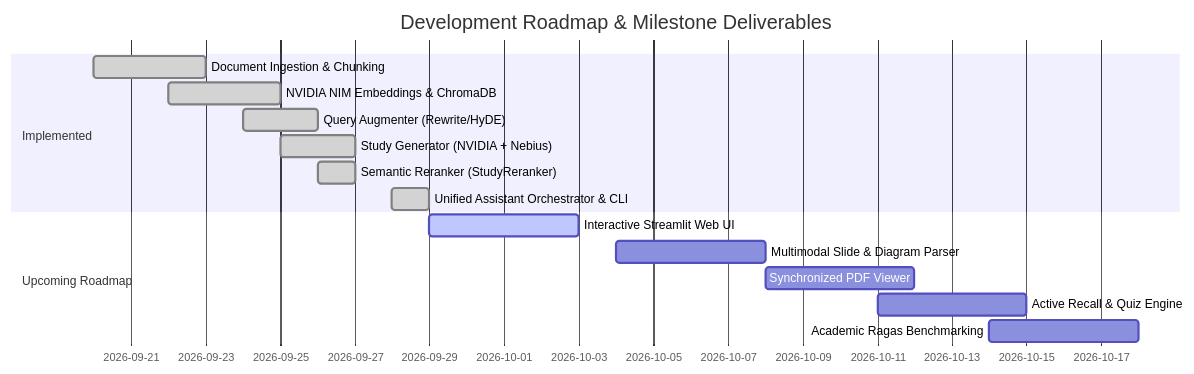
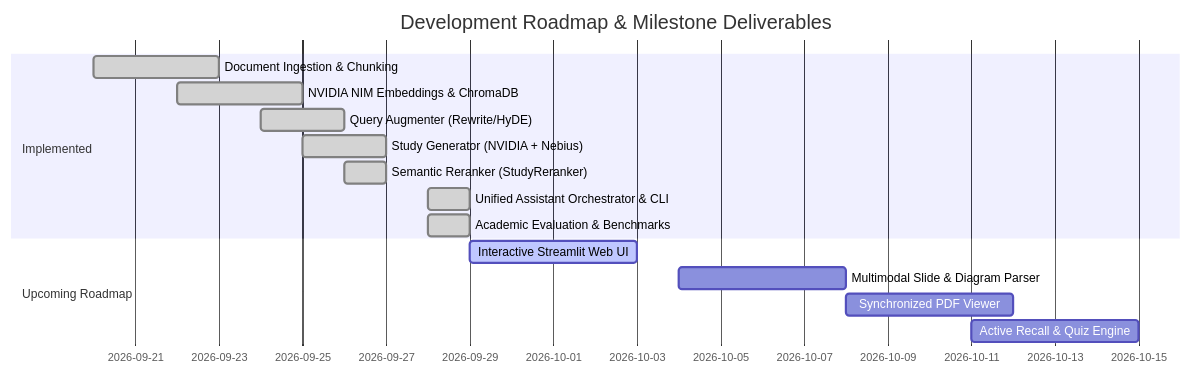
One commit to Khazar451/study-assistant changed the second of 2 diagrams in README.md. Above: the diagram before and after it, drawn with Mermaid. The commit also changed other lines of this file and 8 other files, not shown here.

````diff
--- a/README.md
+++ b/README.md
@@ -194,18 +218,18 @@
 ```mermaid
 gantt
     title Development Roadmap & Milestone Deliverables
     dateFormat  YYYY-MM-DD
     section Implemented
     Document Ingestion & Chunking       :done, 2026-09-20, 2026-09-23
     NVIDIA NIM Embeddings & ChromaDB    :done, 2026-09-22, 2026-09-25
     Query Augmenter (Rewrite/HyDE)      :done, 2026-09-24, 2026-09-26
     Study Generator (NVIDIA + Nebius)   :done, 2026-09-25, 2026-09-27
     Semantic Reranker (StudyReranker)   :done, 2026-09-26, 2026-09-27
     Unified Assistant Orchestrator & CLI:done, 2026-09-28, 2026-09-29
+    Academic Evaluation & Benchmarks    :done, 2026-09-28, 2026-09-29
     section Upcoming Roadmap
     Interactive Streamlit Web UI        :active, 2026-09-29, 2026-10-03
     Multimodal Slide & Diagram Parser   :2026-10-04, 2026-10-08
     Synchronized PDF Viewer             :2026-10-08, 2026-10-12
     Active Recall & Quiz Engine         :2026-10-11, 2026-10-15
-    Academic Ragas Benchmarking         :2026-10-14, 2026-10-18
 ```
````
